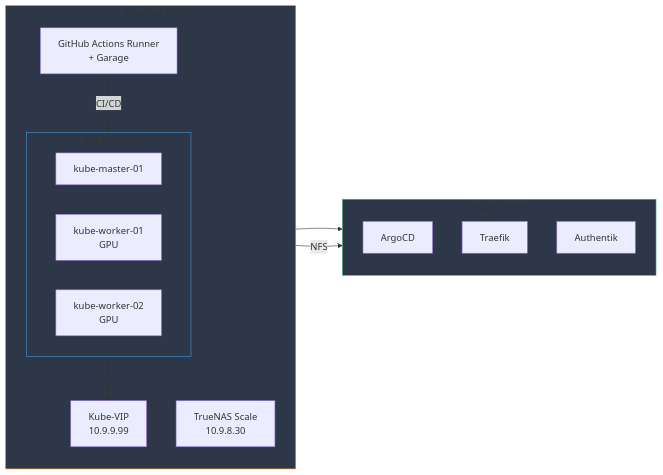
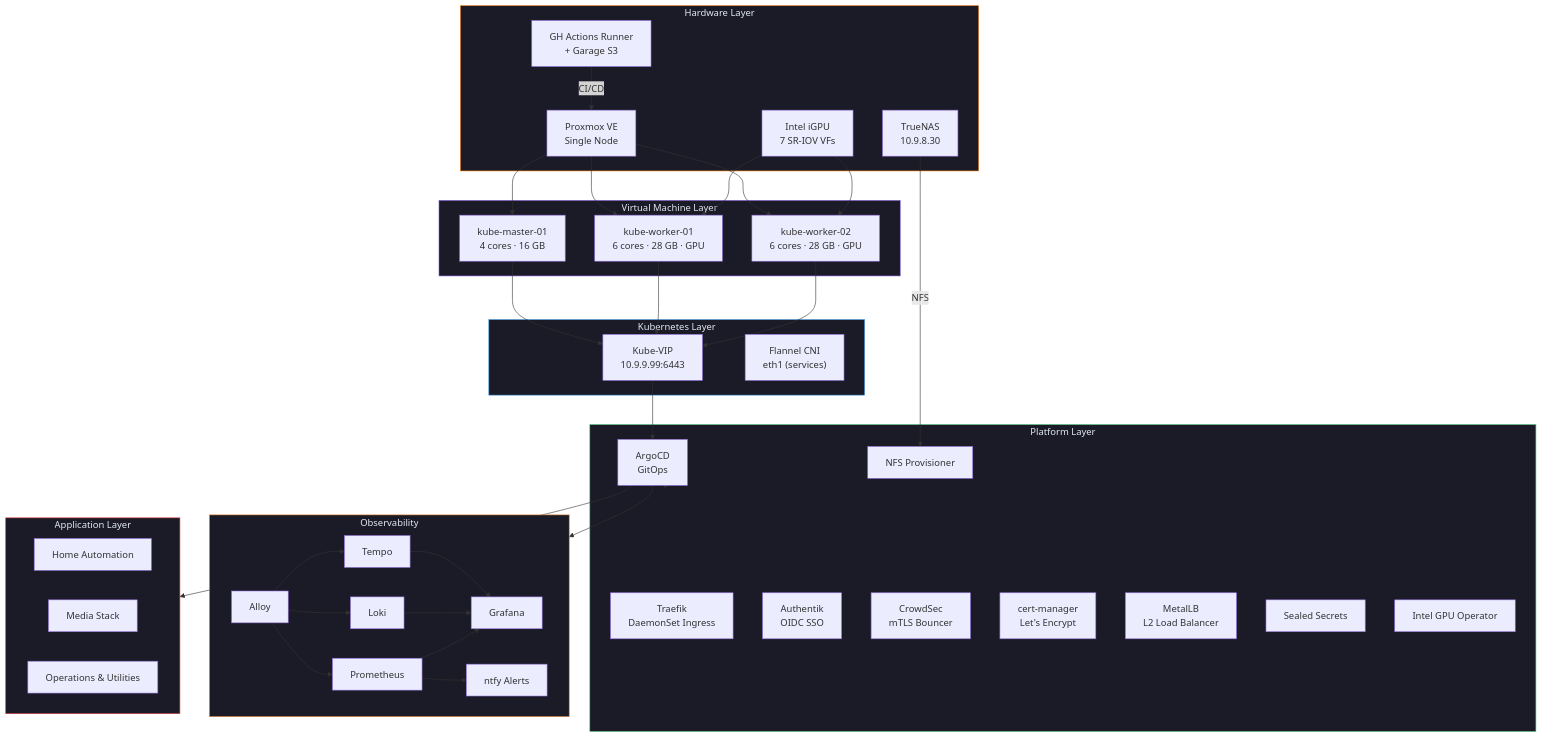
One commit to Starktastic-Homelab/.github changed the second of 4 diagrams in profile/README.md. Above: the diagram before and after it, drawn with Mermaid. The commit also changed other lines of this file, not shown here.

Commit message:
docs: rewrite org profile README with full architecture overview

````diff
--- a/profile/README.md
+++ b/profile/README.md
@@ -45,24 +74,69 @@
 ```mermaid
-flowchart LR
-    subgraph Proxmox["Proxmox VE"]
-        direction TB
-        subgraph Cluster["K3s Cluster"]
-            Master["kube-master-01"] & Worker1["kube-worker-01<br/>GPU"] & Worker2["kube-worker-02<br/>GPU"]
-        end
-        VIP["Kube-VIP<br/>10.9.9.99"]
-        Runner["GitHub Actions Runner<br/>+ Garage"]
-        TrueNAS["TrueNAS Scale<br/>10.9.8.30"]
+flowchart TB
+    subgraph hw["Hardware Layer"]
+        PVE["Proxmox VE\nSingle Node"]
+        GPU["Intel iGPU\n7 SR-IOV VFs"]
+        NAS["TrueNAS\n10.9.8.30"]
+        Runner["GH Actions Runner\n+ Garage S3"]
     end
-    
-    subgraph Apps["Applications"]
-        ArgoCD[ArgoCD] & Traefik[Traefik] & Authentik[Authentik]
+
+    subgraph vms["Virtual Machine Layer"]
+        M["kube-master-01\n4 cores · 16 GB"]
+        W1["kube-worker-01\n6 cores · 28 GB · GPU"]
+        W2["kube-worker-02\n6 cores · 28 GB · GPU"]
     end
-    
-    Cluster --> VIP --> Apps
-    TrueNAS -->|NFS| Apps
-    Runner -->|CI/CD| Cluster
-    
-    style Proxmox fill:#2d3748,stroke:#e57000
-    style Cluster fill:#2d3748,stroke:#4299e1
-    style Apps fill:#2d3748,stroke:#48bb78
+
+    subgraph k3s["Kubernetes Layer"]
+        VIP["Kube-VIP\n10.9.9.99:6443"]
+        Flannel["Flannel CNI\neth1 (services)"]
+    end
+
+    subgraph platform["Platform Layer"]
+        ArgoCD["ArgoCD\nGitOps"]
+        Traefik["Traefik\nDaemonSet Ingress"]
+        Auth["Authentik\nOIDC SSO"]
+        CrowdSec["CrowdSec\nmTLS Bouncer"]
+        CertMgr["cert-manager\nLet's Encrypt"]
+        MetalLB["MetalLB\nL2 Load Balancer"]
+        SealedSec["Sealed Secrets"]
+        NFS_Prov["NFS Provisioner"]
+        IntelGPU["Intel GPU Operator"]
+    end
+
+    subgraph observe["Observability"]
+        Prom["Prometheus"]
+        Graf["Grafana"]
+        Loki["Loki"]
+        Tempo["Tempo"]
+        Alloy["Alloy"]
+        Ntfy["ntfy Alerts"]
+    end
+
+    subgraph services["Application Layer"]
+        HA["Home Automation"]
+        MediaApps["Media Stack"]
+        Ops["Operations & Utilities"]
+    end
+
+    PVE --> M & W1 & W2
+    GPU --> W1 & W2
+    NAS -- "NFS" --> NFS_Prov
+    Runner -- "CI/CD" --> PVE
+
+    M & W1 & W2 --> VIP
+    VIP --> ArgoCD
+    ArgoCD --> platform & observe & services
+
+    Alloy --> Prom & Loki & Tempo
+    Prom --> Graf
+    Loki --> Graf
+    Tempo --> Graf
+    Prom --> Ntfy
+
+    style hw fill:#1a1b27,stroke:#e57000,color:#e2e8f0
+    style vms fill:#1a1b27,stroke:#805ad5,color:#e2e8f0
+    style k3s fill:#1a1b27,stroke:#4299e1,color:#e2e8f0
+    style platform fill:#1a1b27,stroke:#48bb78,color:#e2e8f0
+    style observe fill:#1a1b27,stroke:#ed8936,color:#e2e8f0
+    style services fill:#1a1b27,stroke:#e53e3e,color:#e2e8f0
 ```
````
